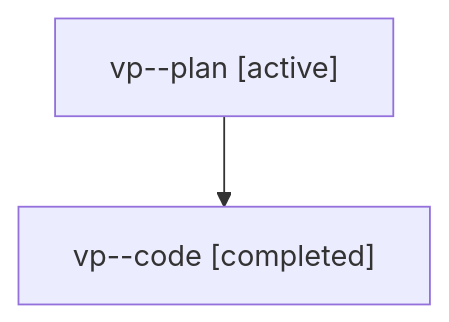
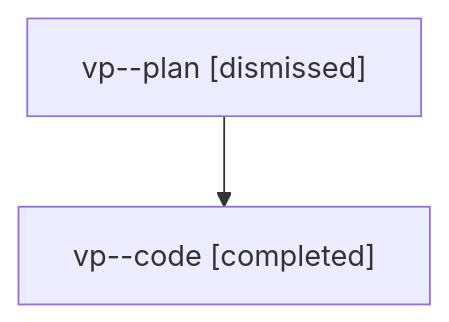
One commit to sase-org/sase--agents changed the diagram in sessions/bbugyi200.athena.vp.md. Above: the diagram before and after it, drawn with Mermaid. The commit also changed other lines of this file and 38 other files, not shown here.

````diff
--- a/sessions/bbugyi200.athena.vp.md
+++ b/sessions/bbugyi200.athena.vp.md
@@ -9,6 +9,6 @@
 ```mermaid
 flowchart TD
-  n0["vp--plan [active]"]
+  n0["vp--plan [dismissed]"]
   n1["vp--code [completed]"]
   n0 --> n1
 ```
````
